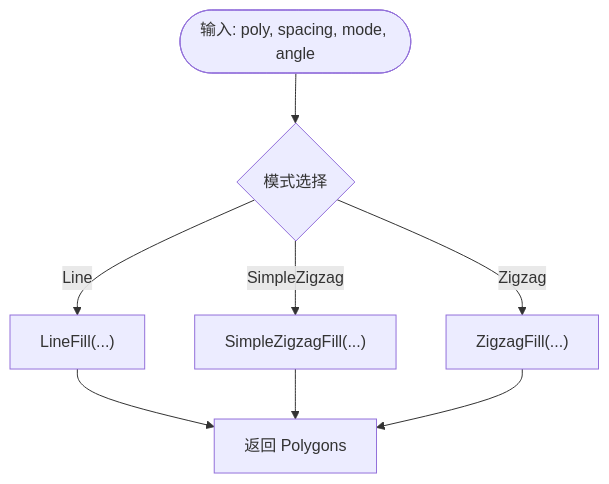
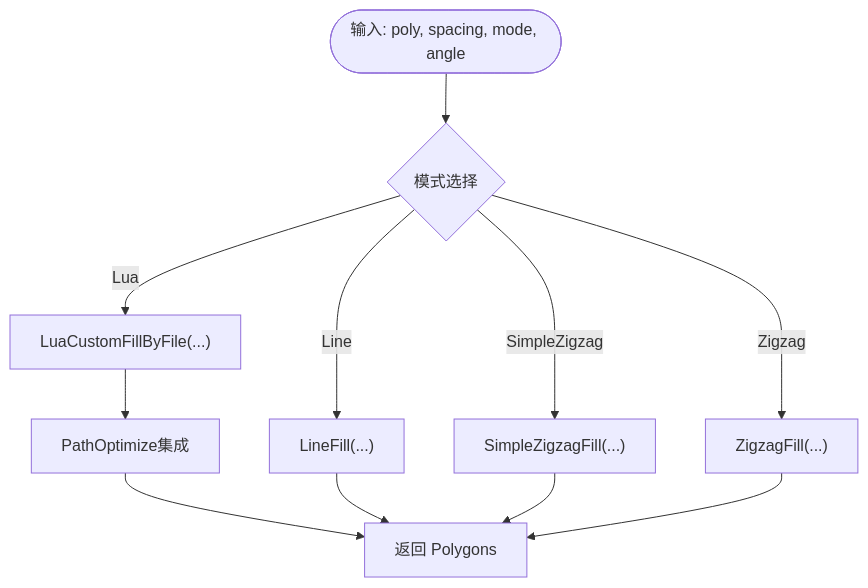
One commit to hsmbanlance/HsBaSlicer changed diagram 12 of 16 in .qoder/repowiki/zh/content/核心模块详解/LibHsBaSlicer核心库文档.md. Above: the diagram before and after it, drawn with Mermaid. The commit also changed other lines of this file and 11 other files, not shown here.

````diff
--- a/.qoder/repowiki/zh/content/核心模块详解/LibHsBaSlicer核心库文档.md
+++ b/.qoder/repowiki/zh/content/核心模块详解/LibHsBaSlicer核心库文档.md
@@ -428,10 +594,13 @@
 ```mermaid
 flowchart TD
 In(["输入: poly, spacing, mode, angle"]) --> Switch{"模式选择"}
 Switch --> |Line| L["LineFill(...)"]
 Switch --> |SimpleZigzag| SZ["SimpleZigzagFill(...)"]
 Switch --> |Zigzag| Z["ZigzagFill(...)"]
-L --> Out["返回 Polygons"]
+Switch --> |Lua| LU["LuaCustomFillByFile(...)"]
+LU --> PO["PathOptimize集成"]
+PO --> Out["返回 Polygons"]
+L --> Out
 SZ --> Out
 Z --> Out
 ```
````
